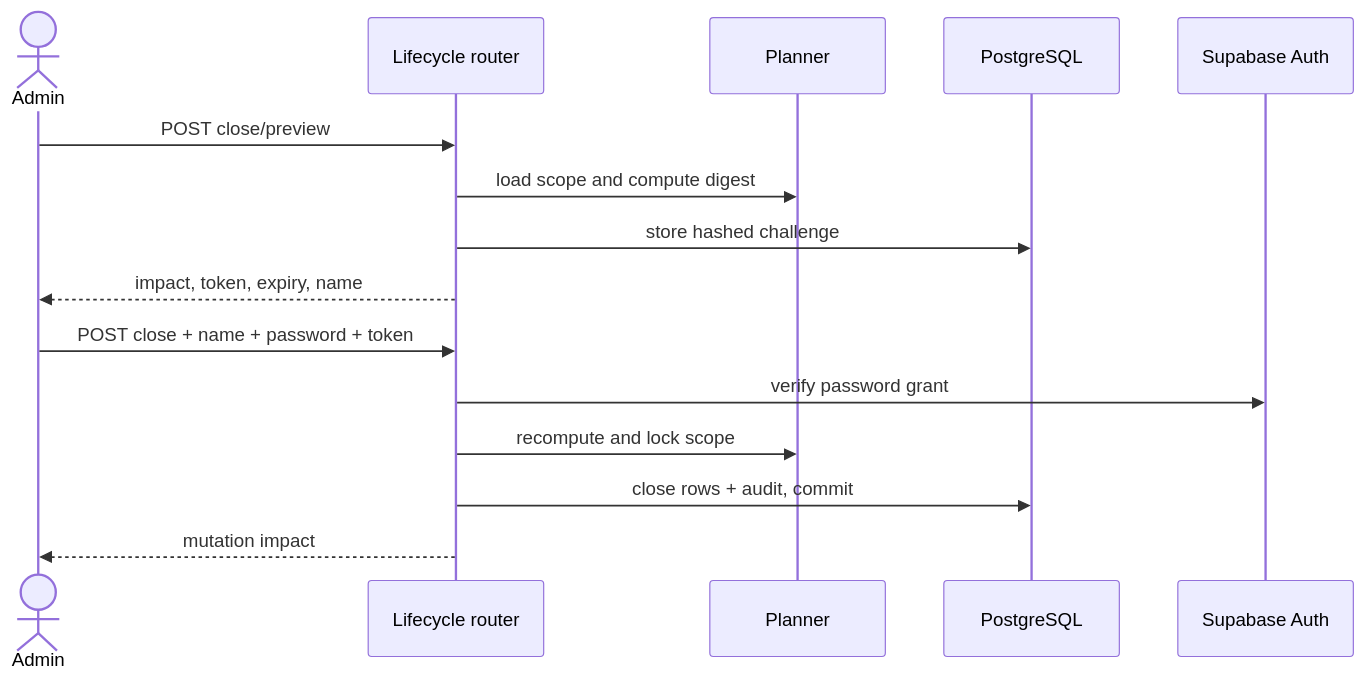
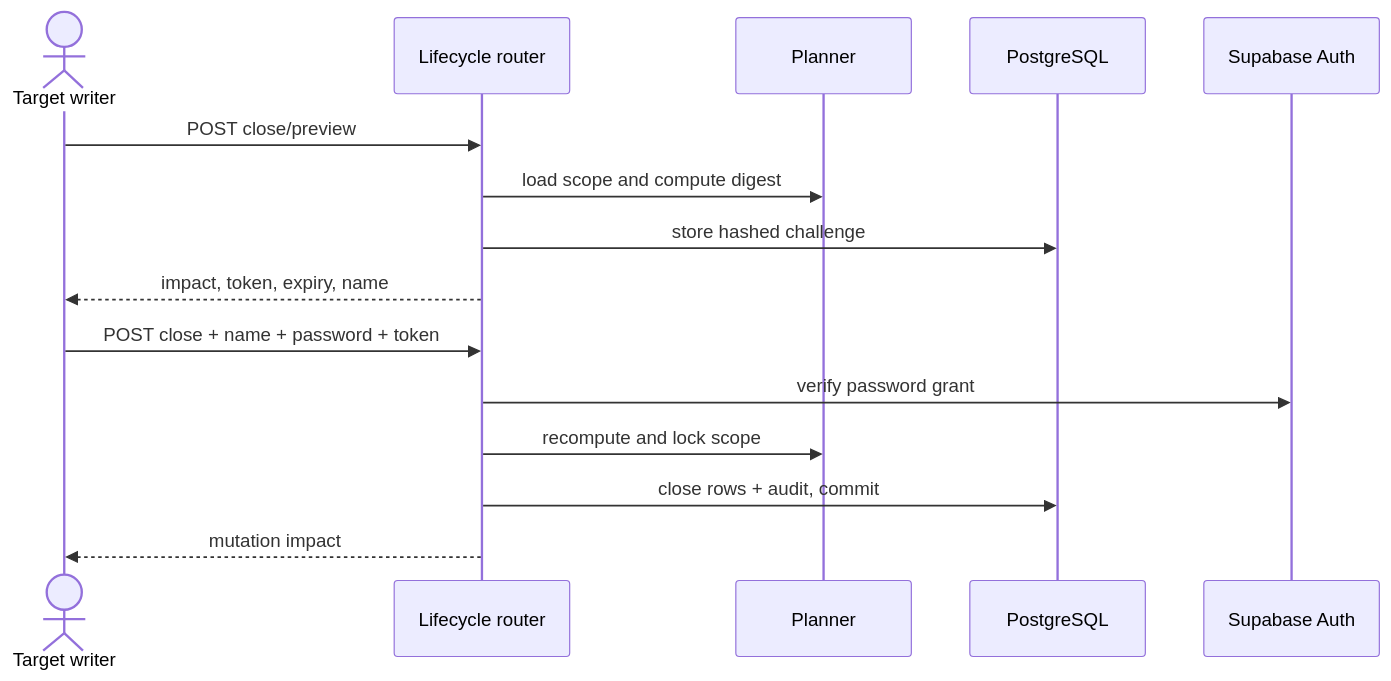
The second of 2 diagrams in docs/architecture/09-lifecycle-and-state-management.md (jayeuse/openslate), drawn with Mermaid before and after one commit. The commit also changed other lines of this file and 50 other files, not shown here.

````diff
--- a/docs/architecture/09-lifecycle-and-state-management.md
+++ b/docs/architecture/09-lifecycle-and-state-management.md
@@ -48,17 +48,17 @@
 ```mermaid
 sequenceDiagram
-    actor Admin
+    actor Target writer
     participant API as Lifecycle router
     participant Plan as Planner
     participant DB as PostgreSQL
     participant Auth as Supabase Auth
-    Admin->>API: POST close/preview
+    Target writer->>API: POST close/preview
     API->>Plan: load scope and compute digest
     API->>DB: store hashed challenge
-    API-->>Admin: impact, token, expiry, name
-    Admin->>API: POST close + name + password + token
+    API-->>Target writer: impact, token, expiry, name
+    Target writer->>API: POST close + name + password + token
     API->>Auth: verify password grant
     API->>Plan: recompute and lock scope
     API->>DB: close rows + audit, commit
-    API-->>Admin: mutation impact
+    API-->>Target writer: mutation impact
 ```
````
